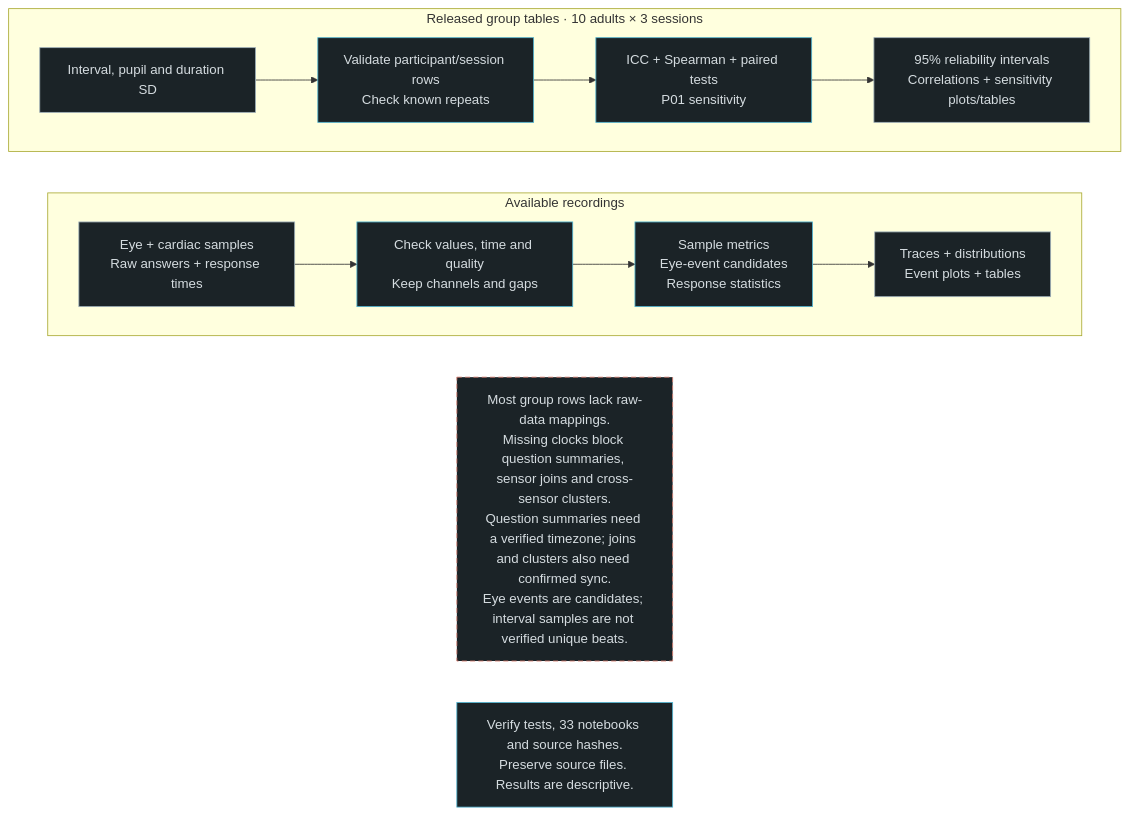
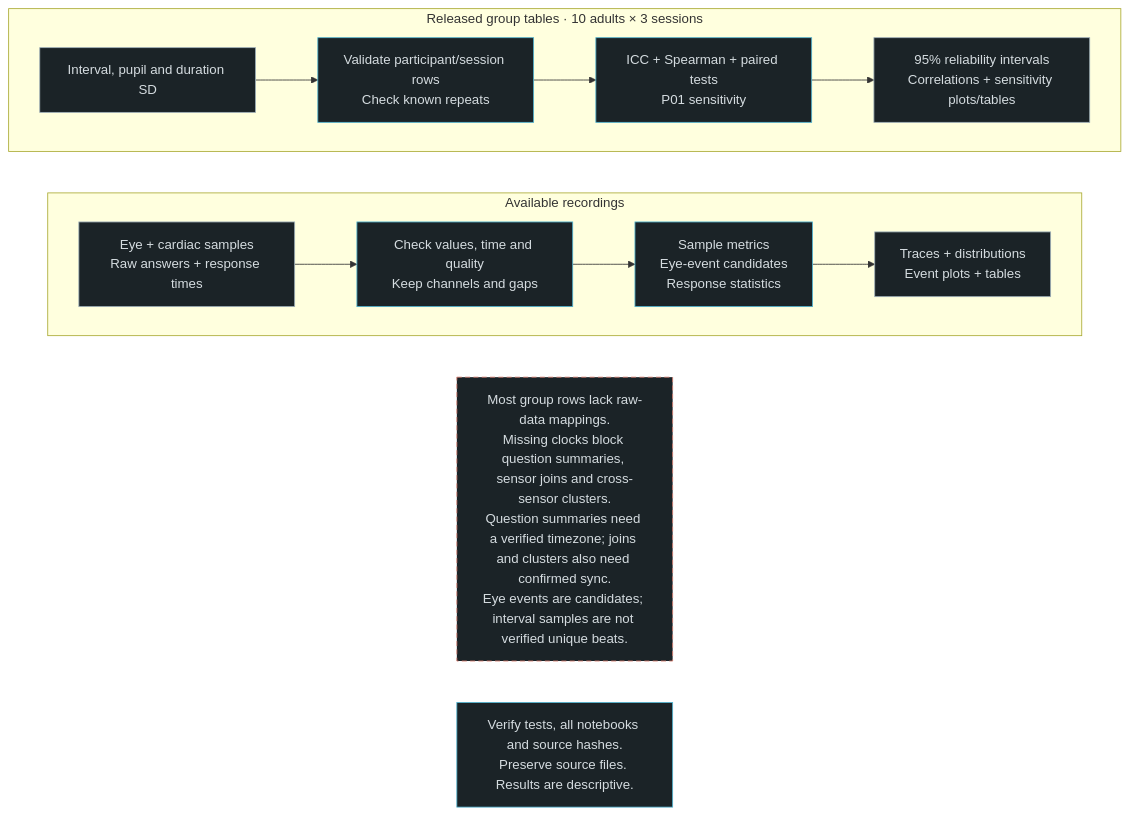
One commit to urmeo/multimodal-multisensor changed the diagram in design/pipeline.mmd. Above: the diagram before and after it, drawn with Mermaid. The commit also changed 1 other file, not shown here.

```diff
--- a/design/pipeline.mmd
+++ b/design/pipeline.mmd
@@ -1,21 +1,21 @@
 flowchart LR
   subgraph recordings["Available recordings"]
     direction LR
     R["Eye + cardiac samples<br/>Raw answers + response times"] --> RC["Check values, time and quality<br/>Keep channels and gaps"]
     RC --> RA["Sample metrics<br/>Eye-event candidates<br/>Response statistics"]
     RA --> RO["Traces + distributions<br/>Event plots + tables"]
   end
   subgraph group["Released group tables · 10 adults × 3 sessions"]
     direction LR
     G["Interval, pupil and duration SD"] --> GC["Validate participant/session rows<br/>Check known repeats"]
     GC --> GA["ICC + Spearman + paired tests<br/>P01 sensitivity"]
     GA --> GO["95% reliability intervals<br/>Correlations + sensitivity plots/tables"]
   end
   LIMIT["Most group rows lack raw-data mappings.<br/>Missing clocks block question summaries, sensor joins and cross-sensor clusters.<br/>Question summaries need a verified timezone; joins and clusters also need confirmed sync.<br/>Eye events are candidates; interval samples are not verified unique beats."]
-  VERIFY["Verify tests, 33 notebooks and source hashes.<br/>Preserve source files. Results are descriptive."]
+  VERIFY["Verify tests, all notebooks and source hashes.<br/>Preserve source files. Results are descriptive."]
   classDef input fill:#1b2327,stroke:#9eafb8,color:#d5dce0;
   classDef analysis fill:#1b2327,stroke:#50b4d0,color:#d5dce0;
   classDef limit fill:#1b2327,stroke:#d97d70,color:#d5dce0,stroke-dasharray:6 4;
   class R,G,RO,GO input;
   class RC,RA,GC,GA,VERIFY analysis;
   class LIMIT limit;
```
